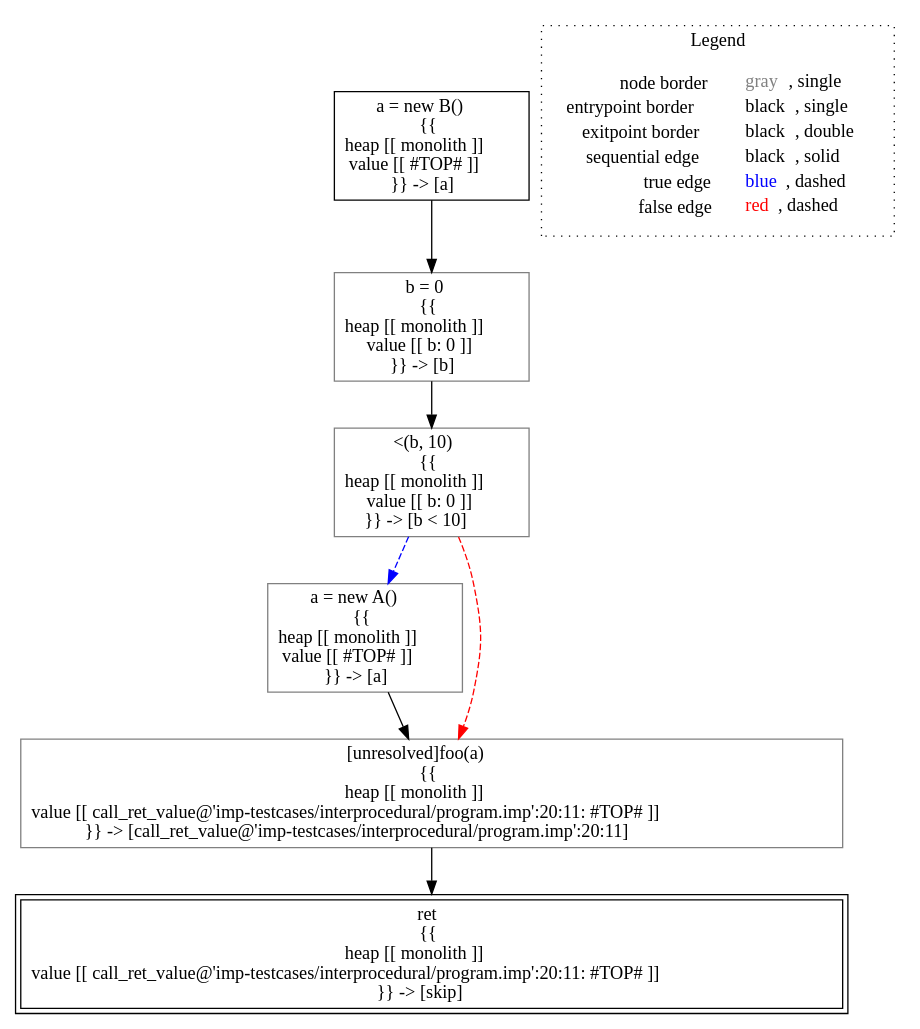
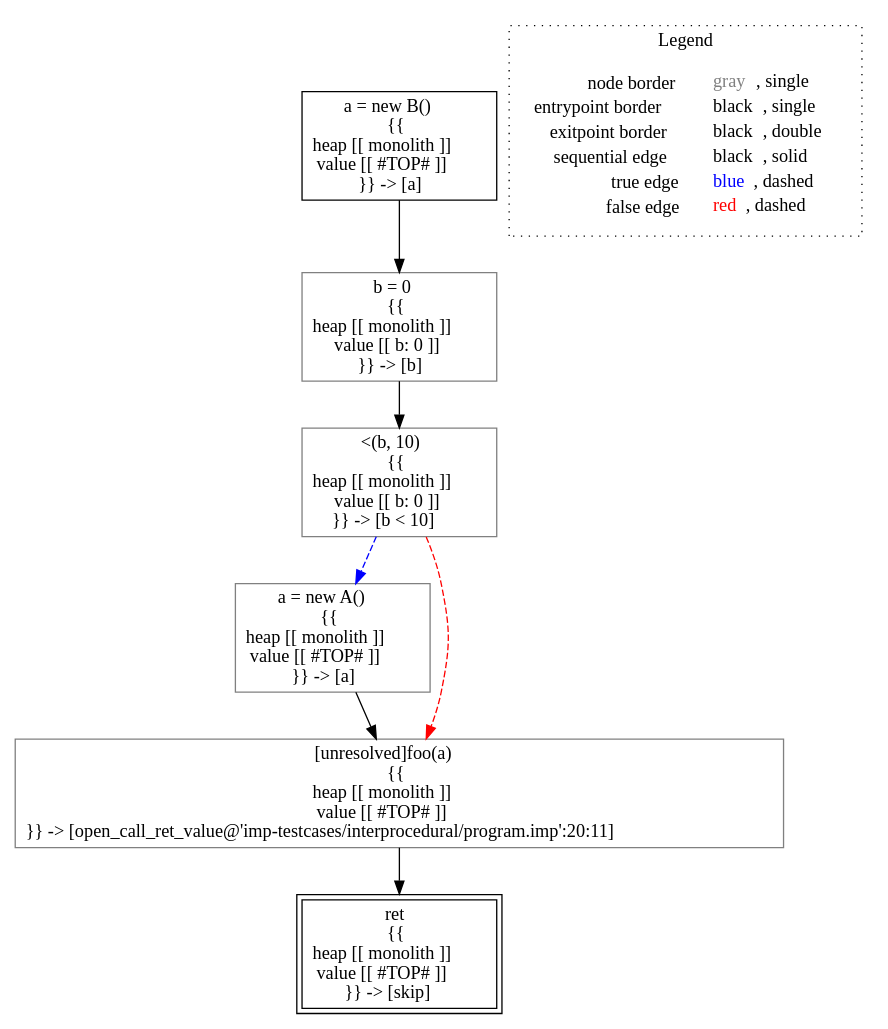
The diagram in lisa/imp-testcases/interprocedural/CHA/analysis___untyped_tests.subtyping(tests_this).dot (lisa-analyzer/lisa), drawn with Graphviz before and after one commit. The commit also changed 2 other files, not shown here.

Commit message:
#41 open call uses location instead of offset in meta variable

```diff
--- a/lisa/imp-testcases/interprocedural/CHA/analysis___untyped_tests.subtyping(tests_this).dot
+++ b/lisa/imp-testcases/interprocedural/CHA/analysis___untyped_tests.subtyping(tests_this).dot
@@ -1,21 +1,21 @@
 digraph {
 	"node0" [shape="rect",color="black",label=<a = new B()<BR/>{{<BR/>heap [[ monolith ]]<BR/>value [[ #TOP# ]]<BR/>}} -&gt; [a]>];
-	"node1" [shape="rect",color="gray",label=<a = new A()<BR/>{{<BR/>heap [[ monolith ]]<BR/>value [[ #TOP# ]]<BR/>}} -&gt; [a]>];
+	"node1" [shape="rect",color="black",peripheries="2",label=<ret<BR/>{{<BR/>heap [[ monolith ]]<BR/>value [[ #TOP# ]]<BR/>}} -&gt; [skip]>];
 	"node2" [shape="rect",color="gray",label=<b = 0<BR/>{{<BR/>heap [[ monolith ]]<BR/>value [[ b: 0 ]]<BR/>}} -&gt; [b]>];
-	"node3" [shape="rect",color="gray",label=<[unresolved]foo(a)<BR/>{{<BR/>heap [[ monolith ]]<BR/>value [[ call_ret_value@'imp-testcases/interprocedural/program.imp':20:11: #TOP# ]]<BR/>}} -&gt; [call_ret_value@'imp-testcases/interprocedural/program.imp':20:11]>];
-	"node4" [shape="rect",color="gray",label=<&lt;(b, 10)<BR/>{{<BR/>heap [[ monolith ]]<BR/>value [[ b: 0 ]]<BR/>}} -&gt; [b &lt; 10]>];
-	"node5" [shape="rect",color="black",peripheries="2",label=<ret<BR/>{{<BR/>heap [[ monolith ]]<BR/>value [[ call_ret_value@'imp-testcases/interprocedural/program.imp':20:11: #TOP# ]]<BR/>}} -&gt; [skip]>];
-	"node1" -> "node3" [color="black"];
+	"node3" [shape="rect",color="gray",label=<&lt;(b, 10)<BR/>{{<BR/>heap [[ monolith ]]<BR/>value [[ b: 0 ]]<BR/>}} -&gt; [b &lt; 10]>];
+	"node4" [shape="rect",color="gray",label=<a = new A()<BR/>{{<BR/>heap [[ monolith ]]<BR/>value [[ #TOP# ]]<BR/>}} -&gt; [a]>];
+	"node5" [shape="rect",color="gray",label=<[unresolved]foo(a)<BR/>{{<BR/>heap [[ monolith ]]<BR/>value [[ #TOP# ]]<BR/>}} -&gt; [open_call_ret_value@'imp-testcases/interprocedural/program.imp':20:11]>];
+	"node2" -> "node3" [color="black"];
+	"node3" -> "node4" [color="blue",style="dashed"];
+	"node3" -> "node5" [color="red",style="dashed"];
+	"node4" -> "node5" [color="black"];
+	"node5" -> "node1" [color="black"];
 	"node0" -> "node2" [color="black"];
-	"node2" -> "node4" [color="black"];
-	"node3" -> "node5" [color="black"];
-	"node4" -> "node1" [color="blue",style="dashed"];
-	"node4" -> "node3" [color="red",style="dashed"];
 subgraph cluster_legend {
 	label="Legend";
 	style=dotted;
 	node [shape=plaintext];
 	"legend" [label=<<table border="0" cellpadding="2" cellspacing="0" cellborder="0"><tr><td align="right">node border&nbsp;</td><td align="left"><font color="gray">gray</font>, single</td></tr><tr><td align="right">entrypoint border&nbsp;</td><td align="left"><font color="black">black</font>, single</td></tr><tr><td align="right">exitpoint border&nbsp;</td><td align="left"><font color="black">black</font>, double</td></tr><tr><td align="right">sequential edge&nbsp;</td><td align="left"><font color="black">black</font>, solid</td></tr><tr><td align="right">true edge&nbsp;</td><td align="left"><font color="blue">blue</font>, dashed</td></tr><tr><td align="right">false edge&nbsp;</td><td align="left"><font color="red">red</font>, dashed</td></tr></table>>];
 }
 
 }
```
